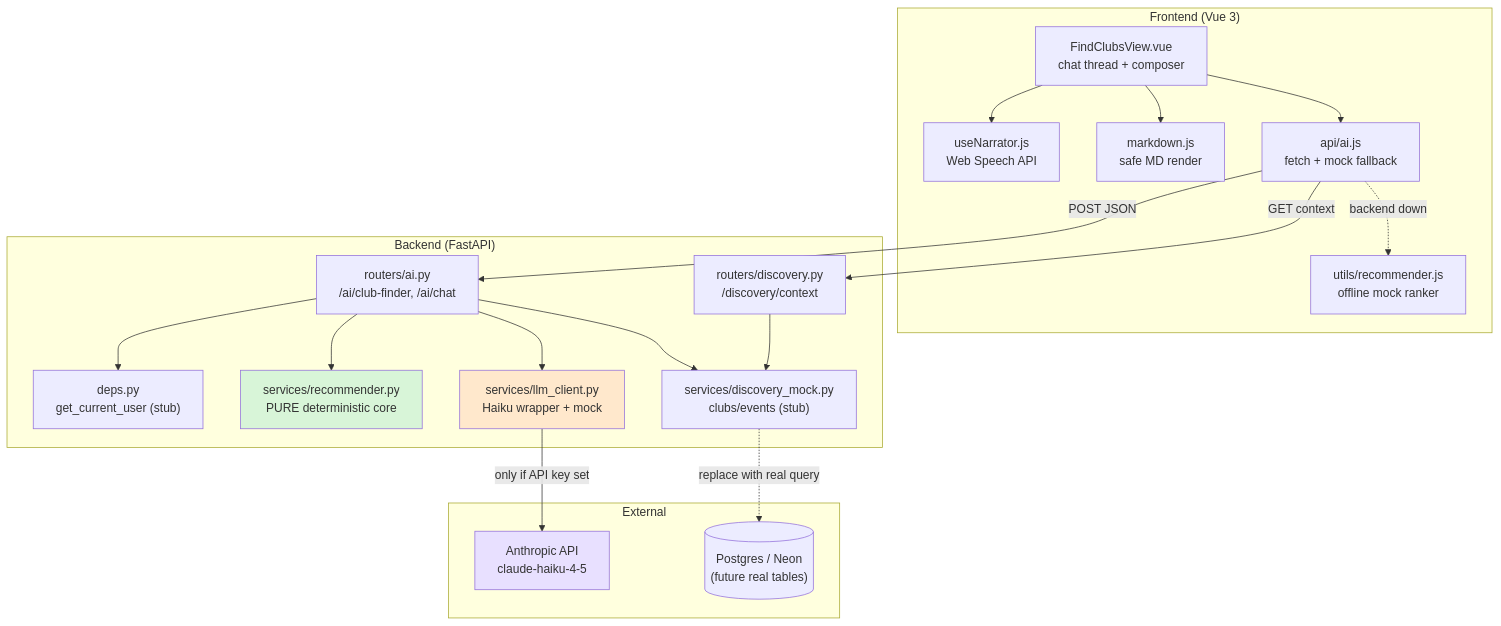
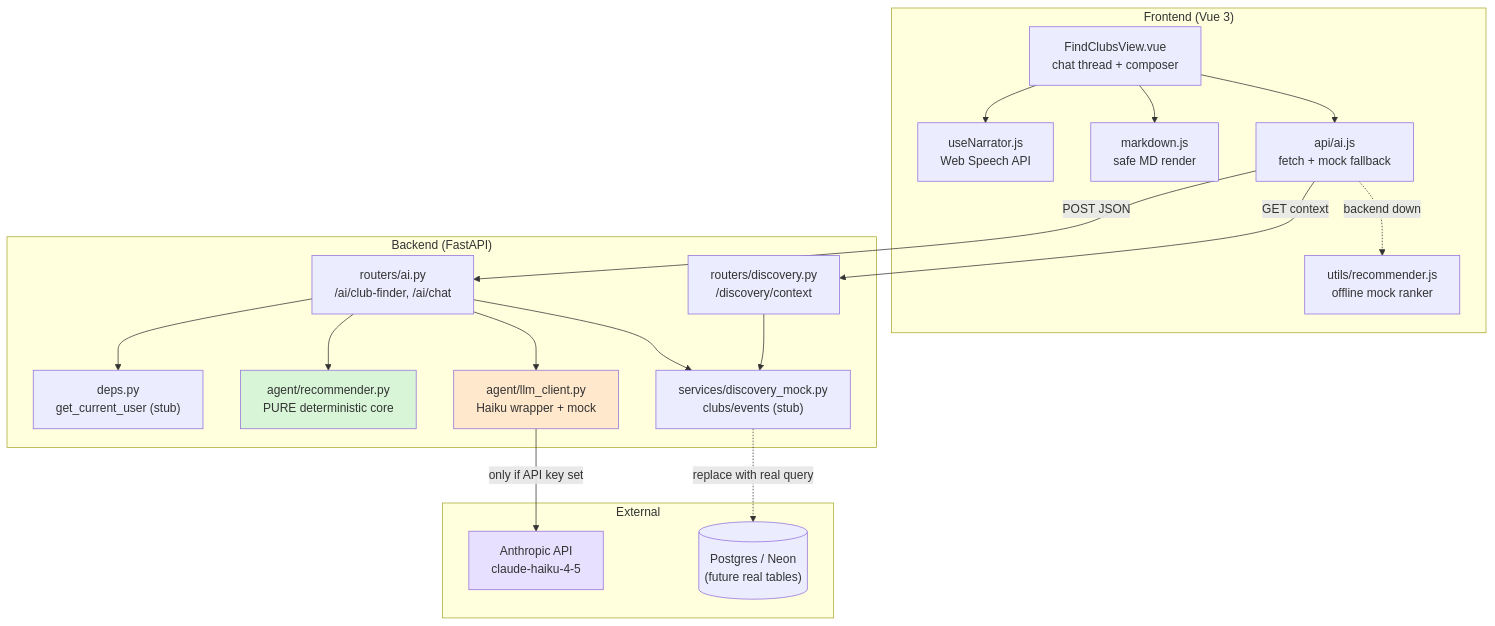
One commit to Srivastava-Shrestha/CampusConnect changed the first of 7 diagrams in docs/AI_MODULE.md. Above: the diagram before and after it, drawn with Mermaid. The commit also changed other lines of this file and 302 other files, not shown here.

````diff
--- a/docs/AI_MODULE.md
+++ b/docs/AI_MODULE.md
@@ -49,42 +49,42 @@
 ```mermaid
 flowchart TB
     subgraph Browser["Frontend (Vue 3)"]
         View["FindClubsView.vue<br/>chat thread + composer"]
         Narr["useNarrator.js<br/>Web Speech API"]
         MD["markdown.js<br/>safe MD render"]
         API["api/ai.js<br/>fetch + mock fallback"]
         FMock["utils/recommender.js<br/>offline mock ranker"]
         View --> Narr
         View --> MD
         View --> API
         API -. backend down .-> FMock
     end
 
     subgraph Server["Backend (FastAPI)"]
         RAI["routers/ai.py<br/>/ai/club-finder, /ai/chat"]
         RDisc["routers/discovery.py<br/>/discovery/context"]
         Deps["deps.py<br/>get_current_user (stub)"]
-        Rec["services/recommender.py<br/>PURE deterministic core"]
-        LLM["services/llm_client.py<br/>Haiku wrapper + mock"]
+        Rec["agent/recommender.py<br/>PURE deterministic core"]
+        LLM["agent/llm_client.py<br/>Haiku wrapper + mock"]
         Disc["services/discovery_mock.py<br/>clubs/events (stub)"]
         RAI --> Deps
         RAI --> Rec
         RAI --> LLM
         RAI --> Disc
         RDisc --> Disc
     end
 
     subgraph Ext["External"]
         Anthropic["Anthropic API<br/>claude-haiku-4-5"]
         DB[("Postgres / Neon<br/>(future real tables)")]
     end
 
     API -- "POST JSON" --> RAI
     API -- "GET context" --> RDisc
     LLM -- "only if API key set" --> Anthropic
     Disc -. "replace with real query" .-> DB
 
     style Rec fill:#d8f5d8
     style LLM fill:#ffe8cc
     style Anthropic fill:#e8e0ff
 ```
````
